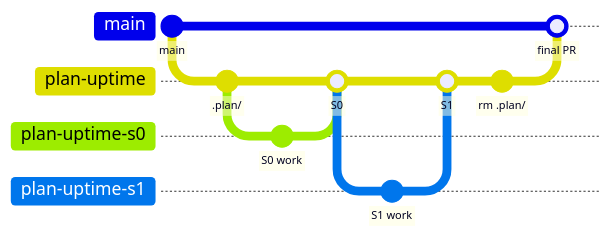
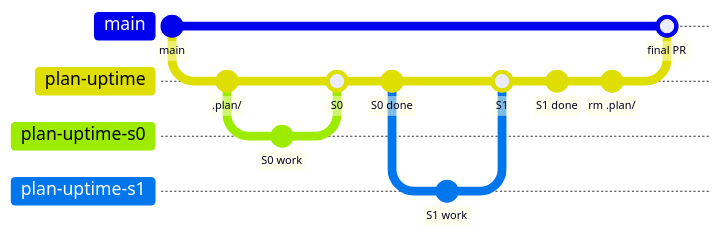
One commit to by-carlos/plan-staged-rollout changed the fourth of 5 diagrams in docs/staged-rollout.md. Above: the diagram before and after it, drawn with Mermaid. The commit also changed other lines of this file and 6 other files, not shown here.

````diff
--- a/docs/staged-rollout.md
+++ b/docs/staged-rollout.md
@@ -275,18 +293,20 @@
 ```mermaid
 %%{init: {"gitGraph": {"rotateCommitLabel": false}}}%%
 gitGraph
     commit id: "main"
     branch plan-uptime
     commit id: ".plan/"
     branch plan-uptime-s0
     commit id: "S0 work"
     checkout plan-uptime
     merge plan-uptime-s0 id: "S0"
+    commit id: "S0 done"
     branch plan-uptime-s1
     commit id: "S1 work"
     checkout plan-uptime
     merge plan-uptime-s1 id: "S1"
+    commit id: "S1 done"
     commit id: "rm .plan/"
     checkout main
     merge plan-uptime id: "final PR"
 ```
````
